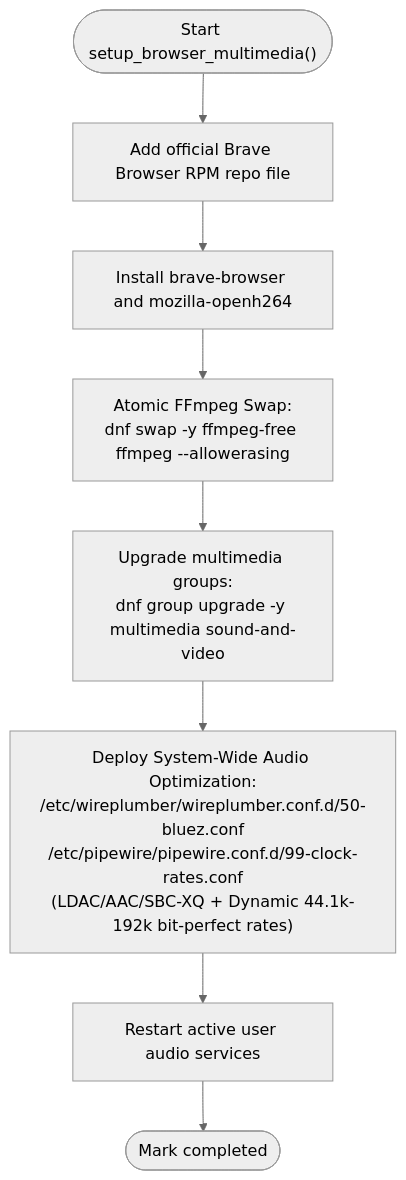
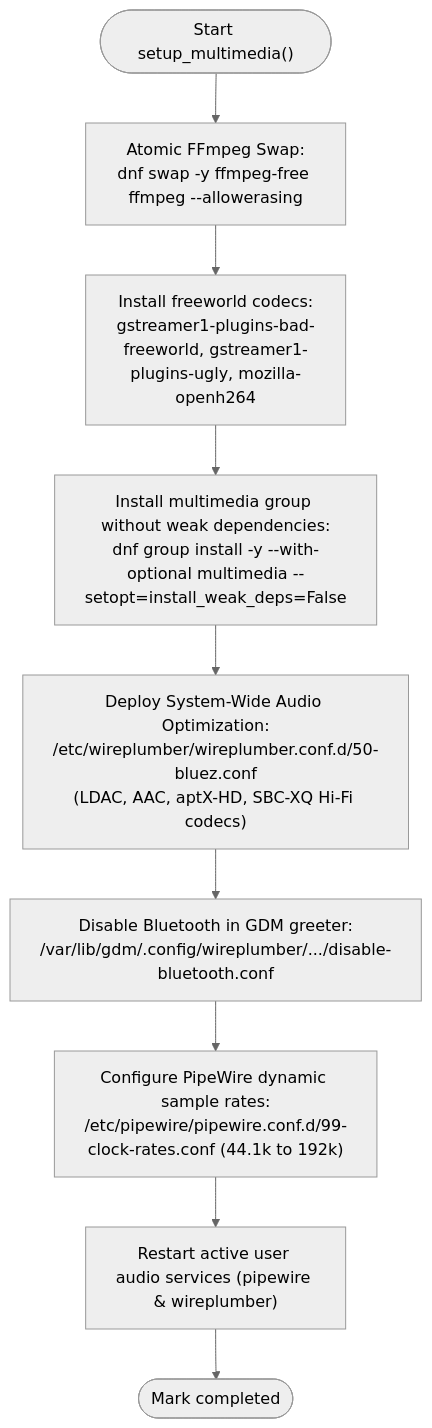
One commit to kk376/fedora-post-install changed the eighth of 21 diagrams in PSEUDOCODE.md. Above: the diagram before and after it, drawn with Mermaid (neutral theme). The commit also changed other lines of this file and 3 other files, not shown here.

Commit message:
docs: synchronize HOW_IT_WORKS and PSEUDOCODE with v8.0.0 architecture

````diff
--- a/PSEUDOCODE.md
+++ b/PSEUDOCODE.md
@@ -249,10 +239,11 @@
 ```mermaid
 flowchart TD
-    StartMedia(["Start setup_browser_multimedia()"]) --> AddBraveRepo["Add official Brave Browser RPM repo file"]
-    AddBraveRepo --> InstallBrave["Install brave-browser and mozilla-openh264"]
-    InstallBrave --> SwapFFmpeg["Atomic FFmpeg Swap:<br/>dnf swap -y ffmpeg-free ffmpeg --allowerasing"]
-    SwapFFmpeg --> GroupUpgrade["Upgrade multimedia groups:<br/>dnf group upgrade -y multimedia sound-and-video"]
-    GroupUpgrade --> WriteAudioConfig["Deploy System-Wide Audio Optimization:<br/>/etc/wireplumber/wireplumber.conf.d/50-bluez.conf<br/>/etc/pipewire/pipewire.conf.d/99-clock-rates.conf<br/>(LDAC/AAC/SBC-XQ + Dynamic 44.1k-192k bit-perfect rates)"]
-    WriteAudioConfig --> RestartWirePlumber["Restart active user audio services"]
+    StartMedia(["Start setup_multimedia()"]) --> SwapFFmpeg["Atomic FFmpeg Swap:<br/>dnf swap -y ffmpeg-free ffmpeg --allowerasing"]
+    SwapFFmpeg --> InstallFreeworld["Install freeworld codecs:<br/>gstreamer1-plugins-bad-freeworld, gstreamer1-plugins-ugly, mozilla-openh264"]
+    InstallFreeworld --> GroupInstall["Install multimedia group without weak dependencies:<br/>dnf group install -y --with-optional multimedia --setopt=install_weak_deps=False"]
+    GroupInstall --> WriteAudioConfig["Deploy System-Wide Audio Optimization:<br/>/etc/wireplumber/wireplumber.conf.d/50-bluez.conf<br/>(LDAC, AAC, aptX-HD, SBC-XQ Hi-Fi codecs)"]
+    WriteAudioConfig --> DisableGDM_BT["Disable Bluetooth in GDM greeter:<br/>/var/lib/gdm/.config/wireplumber/.../disable-bluetooth.conf"]
+    DisableGDM_BT --> WritePipeWireClock["Configure PipeWire dynamic sample rates:<br/>/etc/pipewire/pipewire.conf.d/99-clock-rates.conf (44.1k to 192k)"]
+    WritePipeWireClock --> RestartWirePlumber["Restart active user audio services (pipewire & wireplumber)"]
     RestartWirePlumber --> EndMedia(["Mark completed"])
 ```
````
